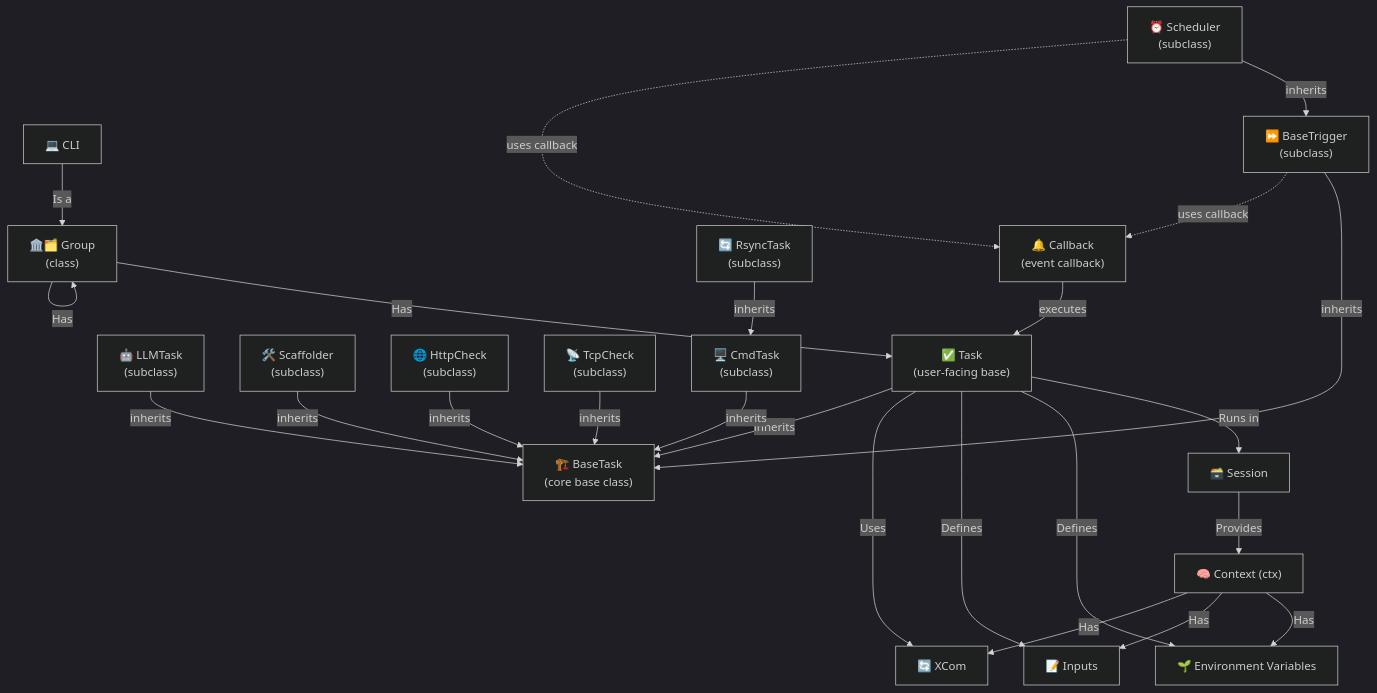
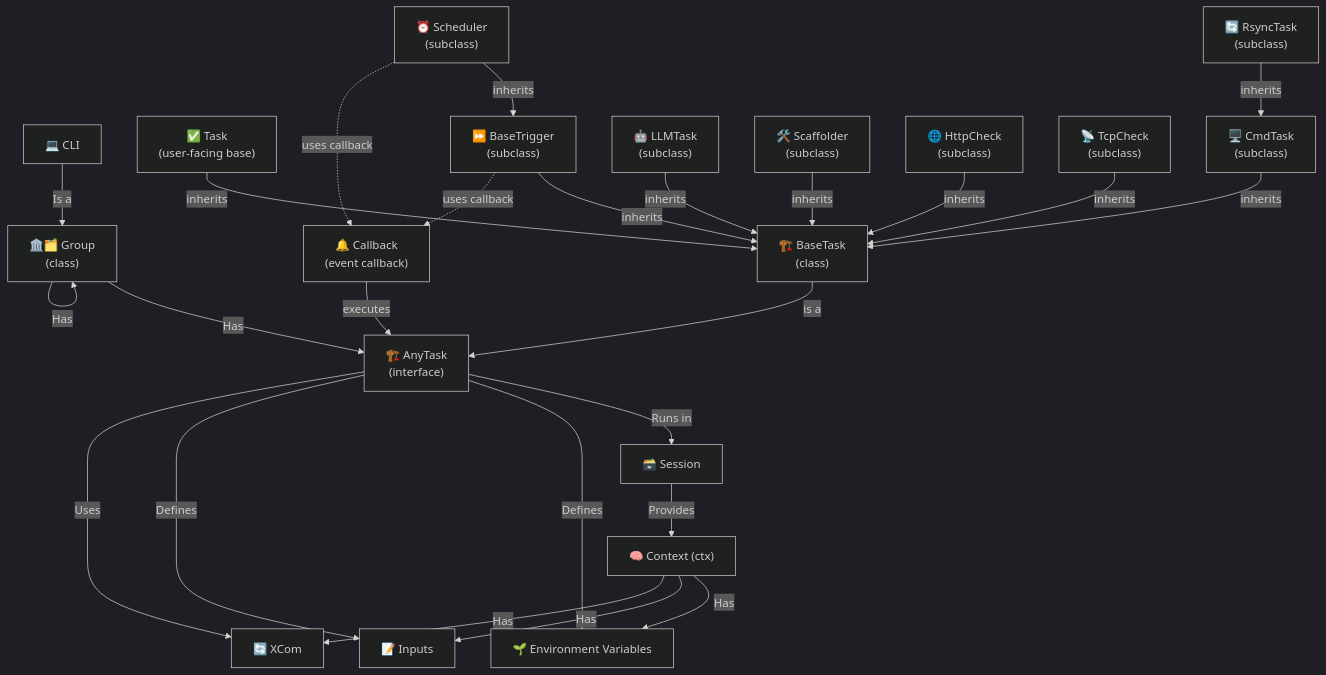
The diagram in docs/README.md (state-alchemists/zrb), drawn with Mermaid (dark theme) before and after one commit.

Commit message:
Update mermaid diagram

````diff
--- a/docs/README.md
+++ b/docs/README.md
@@ -91,49 +91,51 @@
 ```mermaid
 flowchart TD
     CLI["💻 CLI"]
     Group["🏛️🗂️ Group<br/>(class)"]
-    BaseTask["🏗️ BaseTask<br/>(core base class)"]
+    AnyTask["🏗️ AnyTask<br/>(interface)"]
+    BaseTask["🏗️ BaseTask<br/>(class)"]
     Task["✅ Task<br/>(user-facing base)"]
     BaseTrigger["⏩ BaseTrigger<br/>(subclass)"]
     Scheduler["⏰ Scheduler<br/>(subclass)"]
     CmdTask["🖥️ CmdTask<br/>(subclass)"]
     LLMTask["🤖 LLMTask<br/>(subclass)"]
     Scaffolder["🛠️ Scaffolder<br/>(subclass)"]
     HttpCheck["🌐 HttpCheck<br/>(subclass)"]
     RsyncTask["🔄 RsyncTask<br/>(subclass)"]
     TcpCheck["📡 TcpCheck<br/>(subclass)"]
     Callback["🔔 Callback<br/>(event callback)"]
     Session["🗃️ Session"]
     Context["🧠 Context (ctx)"]
     XCom["🔄 XCom"]
     Env["🌱 Environment Variables"]
     Input["📝 Inputs"]
 
     CLI -->|Is a| Group
-    Group -->|Has| Task
+    Group -->|Has| AnyTask
     Group -->|Has| Group
-    Task -->|Runs in| Session
+    AnyTask -->|Runs in| Session
     Session -->|Provides| Context
     Context -->|Has| Env
     Context -->|Has| Input
     Context -->|Has| XCom
-    Task -->|Defines| Env
-    Task -->|Defines| Input
-    Task -->|Uses| XCom
+    AnyTask -->|Defines| Env
+    AnyTask -->|Defines| Input
+    AnyTask -->|Uses| XCom
 
     %% Subclass relationships (all labeled)
+    BaseTask -->|is a| AnyTask
     Task -->|inherits| BaseTask
     BaseTrigger -->|inherits| BaseTask
     Scheduler -->|inherits| BaseTrigger
     CmdTask -->|inherits| BaseTask
     LLMTask -->|inherits| BaseTask
     Scaffolder -->|inherits| BaseTask
     HttpCheck -->|inherits| BaseTask
     RsyncTask -->|inherits| CmdTask
     TcpCheck -->|inherits| BaseTask
 
     %% Callback usage (association, not inheritance, labeled)
     BaseTrigger -.->|uses callback| Callback
     Scheduler -.->|uses callback| Callback
-    Callback -->|executes| Task
+    Callback -->|executes| AnyTask
 ```
````
